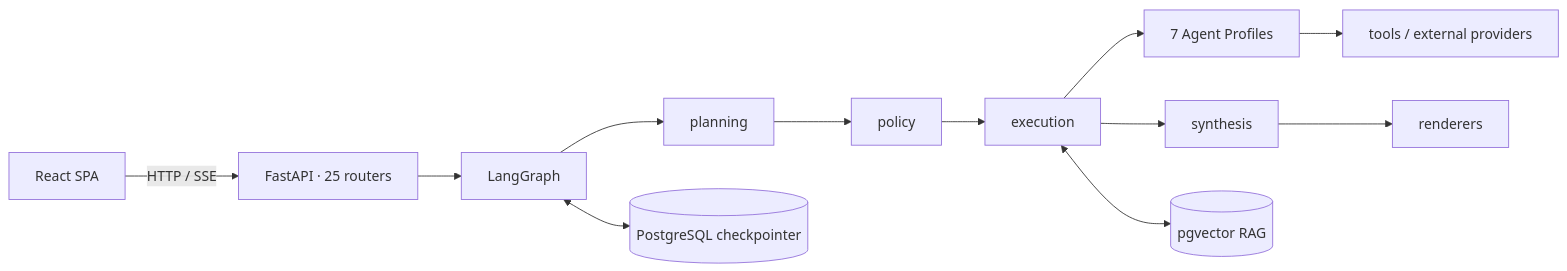
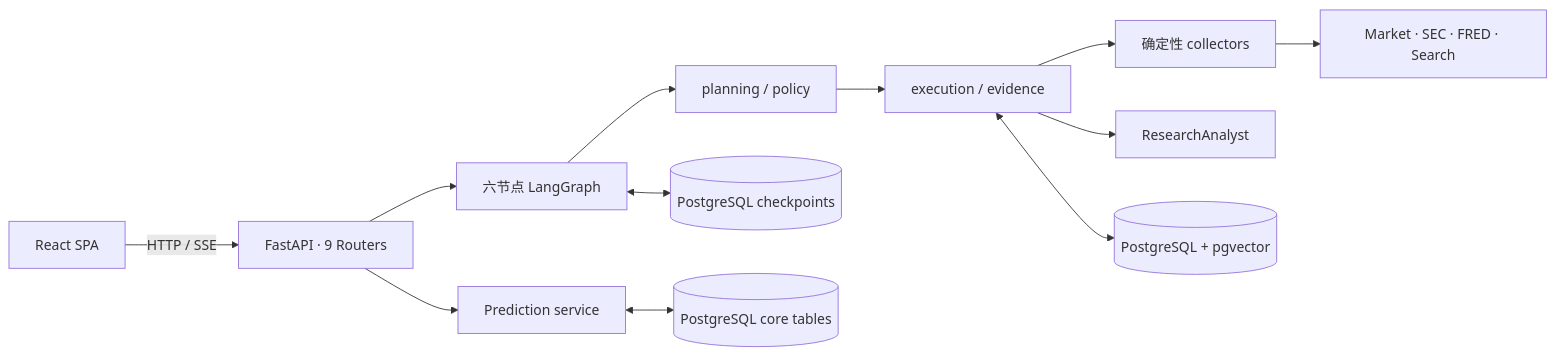
The first of 2 diagrams in docs/01_ARCHITECTURE.md (kkkano/FinSight), drawn with Mermaid before and after one commit. The commit also changed other lines of this file and 565 other files, not shown here.

````diff
--- a/docs/01_ARCHITECTURE.md
+++ b/docs/01_ARCHITECTURE.md
@@ -21,14 +13,14 @@
 ```mermaid
 flowchart LR
-    WEB[React SPA] -->|HTTP / SSE| API[FastAPI · 25 routers]
-    API --> GRAPH[LangGraph]
-    GRAPH --> PLAN[planning]
-    PLAN --> POLICY[policy]
-    POLICY --> EXEC[execution]
-    EXEC --> AGENT[7 Agent Profiles]
-    EXEC --> SYN[synthesis]
-    SYN --> RENDER[renderers]
-    AGENT --> TOOL[tools / external providers]
-    EXEC <--> RAG[(pgvector RAG)]
-    GRAPH <--> CP[(PostgreSQL checkpointer)]
+    WEB[React SPA] -->|HTTP / SSE| API[FastAPI · 9 Routers]
+    API --> GRAPH[六节点 LangGraph]
+    GRAPH --> PLAN[planning / policy]
+    PLAN --> EXEC[execution / evidence]
+    EXEC --> COLLECT[确定性 collectors]
+    EXEC --> ANALYZE[ResearchAnalyst]
+    API --> PRED[Prediction service]
+    COLLECT --> TOOL[Market · SEC · FRED · Search]
+    EXEC <--> RAG[(PostgreSQL + pgvector)]
+    GRAPH <--> CP[(PostgreSQL checkpoints)]
+    PRED <--> CORE[(PostgreSQL core tables)]
 ```
````
